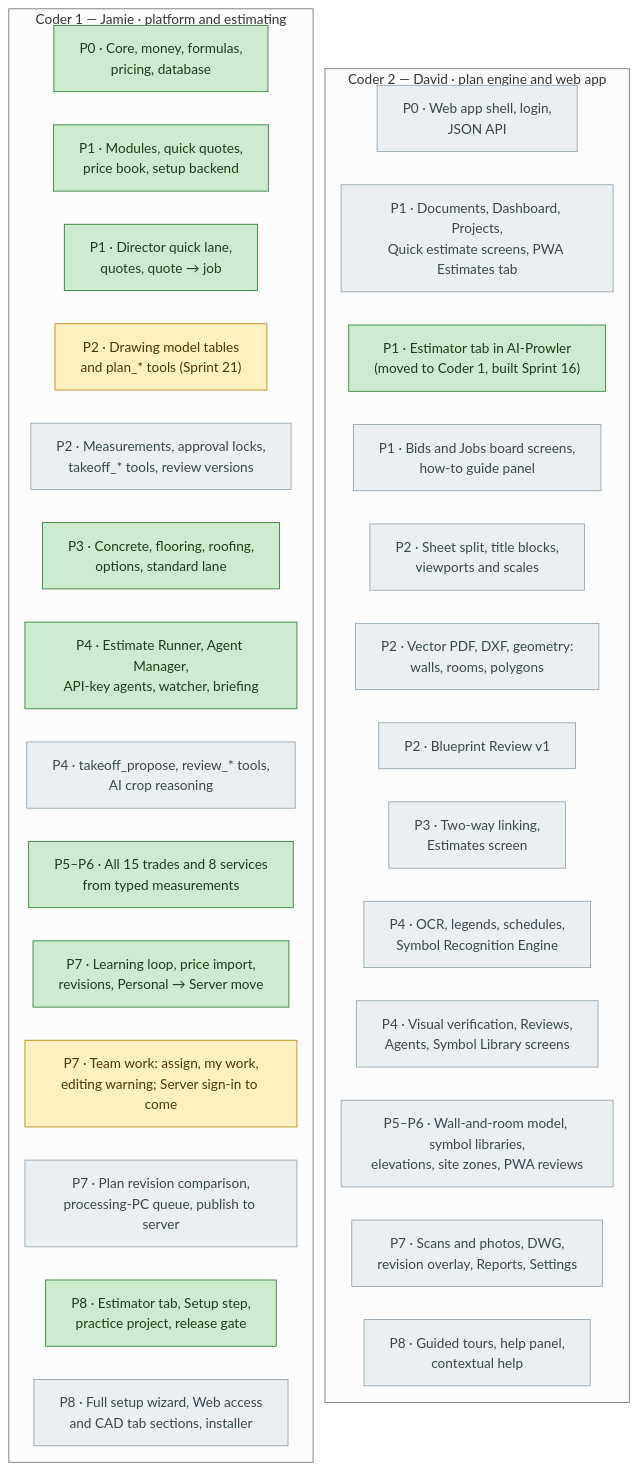
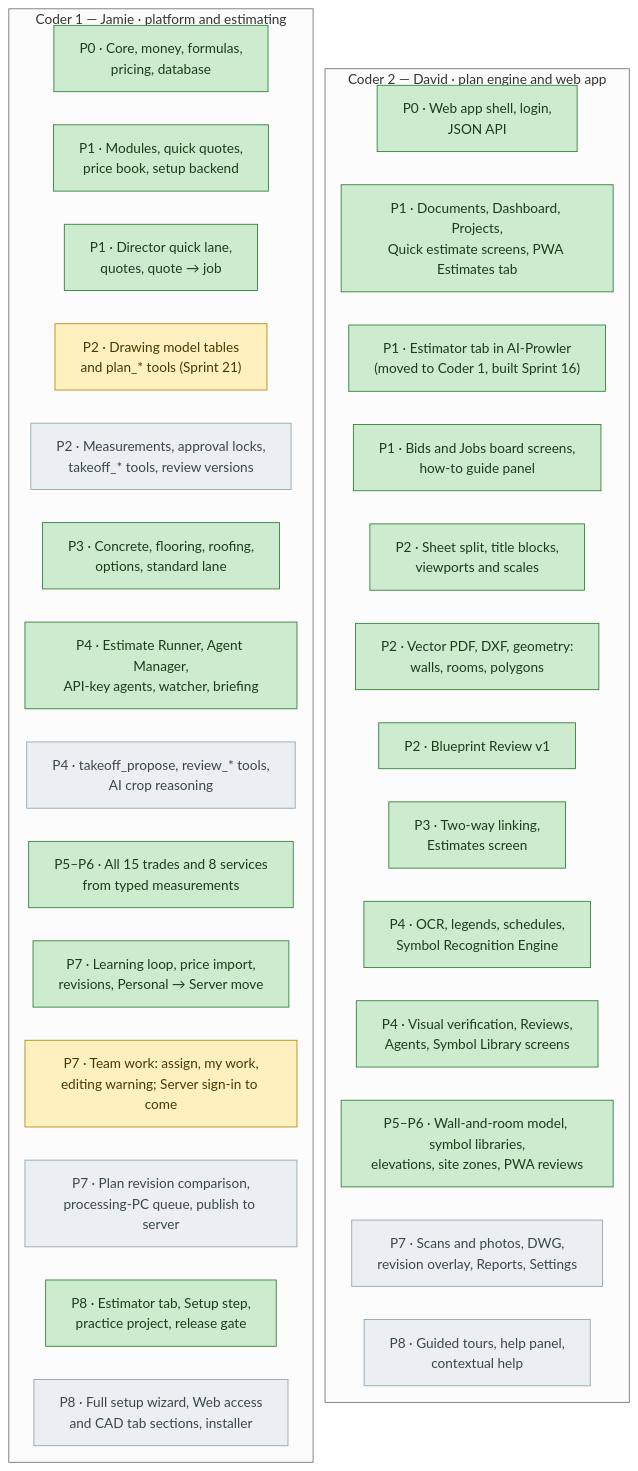
The second of 3 diagrams in docs/estimator/AI-Prowler Estimator Design Spec.md (dvavro/AI-Prowler), drawn with Mermaid (neutral theme) before and after one commit. The commit also changed other lines of this file and 21 other files, not shown here.

````diff
--- a/docs/estimator/AI-Prowler Estimator Design Spec.md
+++ b/docs/estimator/AI-Prowler Estimator Design Spec.md
@@ -1133,43 +1133,43 @@
 ```mermaid
 %%{init: {"flowchart": {"nodeSpacing": 18, "rankSpacing": 14, "wrappingWidth": 260}}}%%
 flowchart LR
     subgraph C1["Coder 1 — Jamie · platform and estimating"]
         direction TB
         A0["P0 · Core, money, formulas,<br/>pricing, database"]:::done
         A1["P1 · Modules, quick quotes,<br/>price book, setup backend"]:::done
         A2["P1 · Director quick lane,<br/>quotes, quote → job"]:::done
         A3["P2 · Drawing model tables<br/>and plan_* tools (Sprint 21)"]:::wip
         A4["P2 · Measurements, approval locks,<br/>takeoff_* tools, review versions"]:::todo
         A5["P3 · Concrete, flooring, roofing,<br/>options, standard lane"]:::done
         A6["P4 · Estimate Runner, Agent Manager,<br/>API-key agents, watcher, briefing"]:::done
         A7["P4 · takeoff_propose, review_* tools,<br/>AI crop reasoning"]:::todo
         A8["P5–P6 · All 15 trades and 8 services<br/>from typed measurements"]:::done
         A9["P7 · Learning loop, price import,<br/>revisions, Personal → Server move"]:::done
         A10["P7 · Team work: assign, my work,<br/>editing warning; Server sign-in to come"]:::wip
         A11["P7 · Plan revision comparison,<br/>processing-PC queue, publish to server"]:::todo
         A12["P8 · Estimator tab, Setup step,<br/>practice project, release gate"]:::done
         A13["P8 · Full setup wizard, Web access<br/>and CAD tab sections, installer"]:::todo
         A0 ~~~ A1 ~~~ A2 ~~~ A3 ~~~ A4 ~~~ A5 ~~~ A6 ~~~ A7 ~~~ A8 ~~~ A9 ~~~ A10 ~~~ A11 ~~~ A12 ~~~ A13
     end
     subgraph C2["Coder 2 — David · plan engine and web app"]
         direction TB
-        B0["P0 · Web app shell, login,<br/>JSON API"]:::todo
-        B1["P1 · Documents, Dashboard, Projects,<br/>Quick estimate screens, PWA Estimates tab"]:::todo
+        B0["P0 · Web app shell, login,<br/>JSON API"]:::done
+        B1["P1 · Documents, Dashboard, Projects,<br/>Quick estimate screens, PWA Estimates tab"]:::done
         B2["P1 · Estimator tab in AI-Prowler<br/>(moved to Coder 1, built Sprint 16)"]:::done
-        B3["P1 · Bids and Jobs board screens,<br/>how-to guide panel"]:::todo
-        B4["P2 · Sheet split, title blocks,<br/>viewports and scales"]:::todo
-        B5["P2 · Vector PDF, DXF, geometry:<br/>walls, rooms, polygons"]:::todo
-        B6["P2 · Blueprint Review v1"]:::todo
-        B7["P3 · Two-way linking,<br/>Estimates screen"]:::todo
-        B8["P4 · OCR, legends, schedules,<br/>Symbol Recognition Engine"]:::todo
-        B9["P4 · Visual verification, Reviews,<br/>Agents, Symbol Library screens"]:::todo
-        B10["P5–P6 · Wall-and-room model, symbol libraries,<br/>elevations, site zones, PWA reviews"]:::todo
+        B3["P1 · Bids and Jobs board screens,<br/>how-to guide panel"]:::done
+        B4["P2 · Sheet split, title blocks,<br/>viewports and scales"]:::done
+        B5["P2 · Vector PDF, DXF, geometry:<br/>walls, rooms, polygons"]:::done
+        B6["P2 · Blueprint Review v1"]:::done
+        B7["P3 · Two-way linking,<br/>Estimates screen"]:::done
+        B8["P4 · OCR, legends, schedules,<br/>Symbol Recognition Engine"]:::done
+        B9["P4 · Visual verification, Reviews,<br/>Agents, Symbol Library screens"]:::done
+        B10["P5–P6 · Wall-and-room model, symbol libraries,<br/>elevations, site zones, PWA reviews"]:::done
         B11["P7 · Scans and photos, DWG,<br/>revision overlay, Reports, Settings"]:::todo
         B12["P8 · Guided tours, help panel,<br/>contextual help"]:::todo
         B0 ~~~ B1 ~~~ B2 ~~~ B3 ~~~ B4 ~~~ B5 ~~~ B6 ~~~ B7 ~~~ B8 ~~~ B9 ~~~ B10 ~~~ B11 ~~~ B12
     end
     C1 ~~~ C2
     classDef done fill:#cdeccf,stroke:#2e7d32,color:#1b3d1c
     classDef wip fill:#fff1bf,stroke:#b8860b,color:#4a3800
     classDef todo fill:#eceff1,stroke:#90a4ae,color:#37474f
 ```
````
